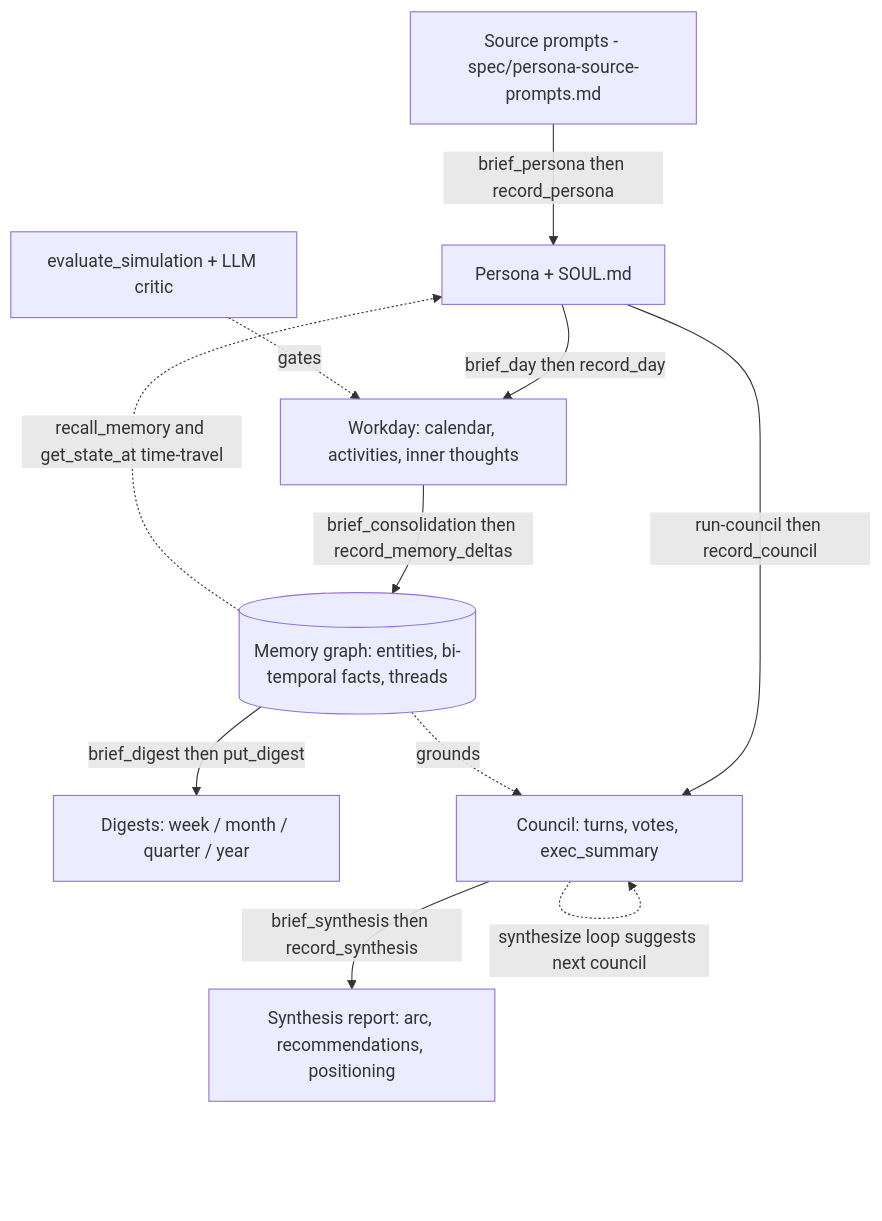
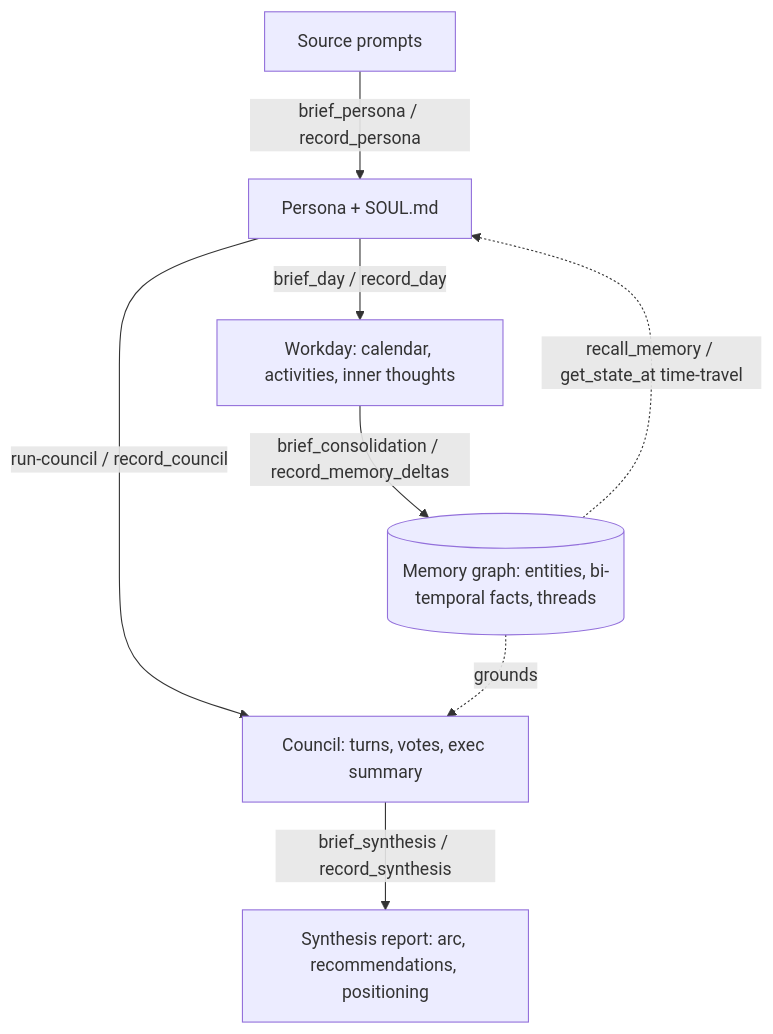
The diagram in README.md (jhoetter/persona-council), drawn with Mermaid before and after one commit. The commit also changed other lines of this file, not shown here.

````diff
--- a/README.md
+++ b/README.md
@@ -72,13 +46,10 @@
 ```mermaid
 flowchart TD
-  SRC["Source prompts - spec/persona-source-prompts.md"] -->|brief_persona then record_persona| P["Persona + SOUL.md"]
-  P -->|brief_day then record_day| D["Workday: calendar, activities, inner thoughts"]
-  D -->|brief_consolidation then record_memory_deltas| M[("Memory graph: entities, bi-temporal facts, threads")]
-  M -->|brief_digest then put_digest| DG["Digests: week / month / quarter / year"]
-  M -.->|recall_memory and get_state_at time-travel| P
-  P -->|run-council then record_council| C["Council: turns, votes, exec_summary"]
+  SRC["Source prompts"] -->|brief_persona / record_persona| P["Persona + SOUL.md"]
+  P -->|brief_day / record_day| D["Workday: calendar, activities, inner thoughts"]
+  D -->|brief_consolidation / record_memory_deltas| M[("Memory graph: entities, bi-temporal facts, threads")]
+  M -.->|recall_memory / get_state_at time-travel| P
+  P -->|run-council / record_council| C["Council: turns, votes, exec summary"]
   M -.->|grounds| C
-  C -->|brief_synthesis then record_synthesis| S["Synthesis report: arc, recommendations, positioning"]
-  C -.->|synthesize loop suggests next council| C
-  EVAL["evaluate_simulation + LLM critic"] -.->|gates| D
+  C -->|brief_synthesis / record_synthesis| S["Synthesis report: arc, recommendations, positioning"]
 ```
````
